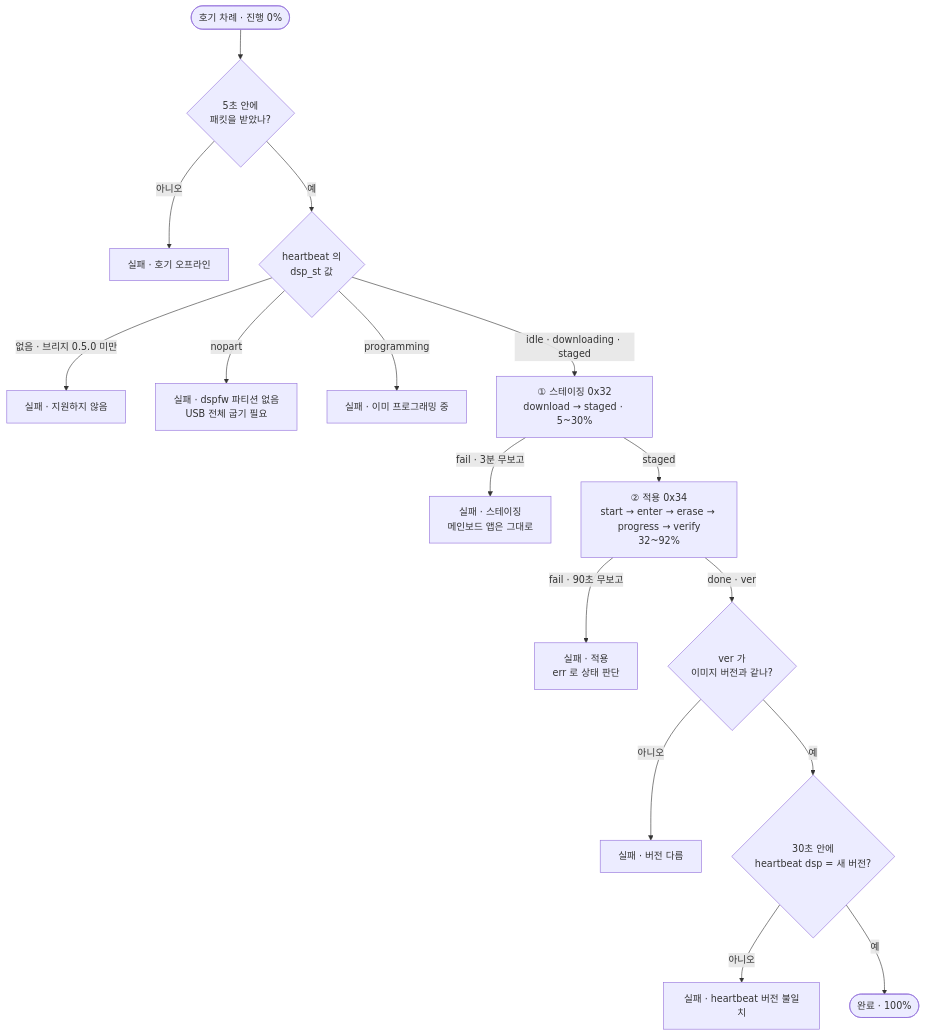
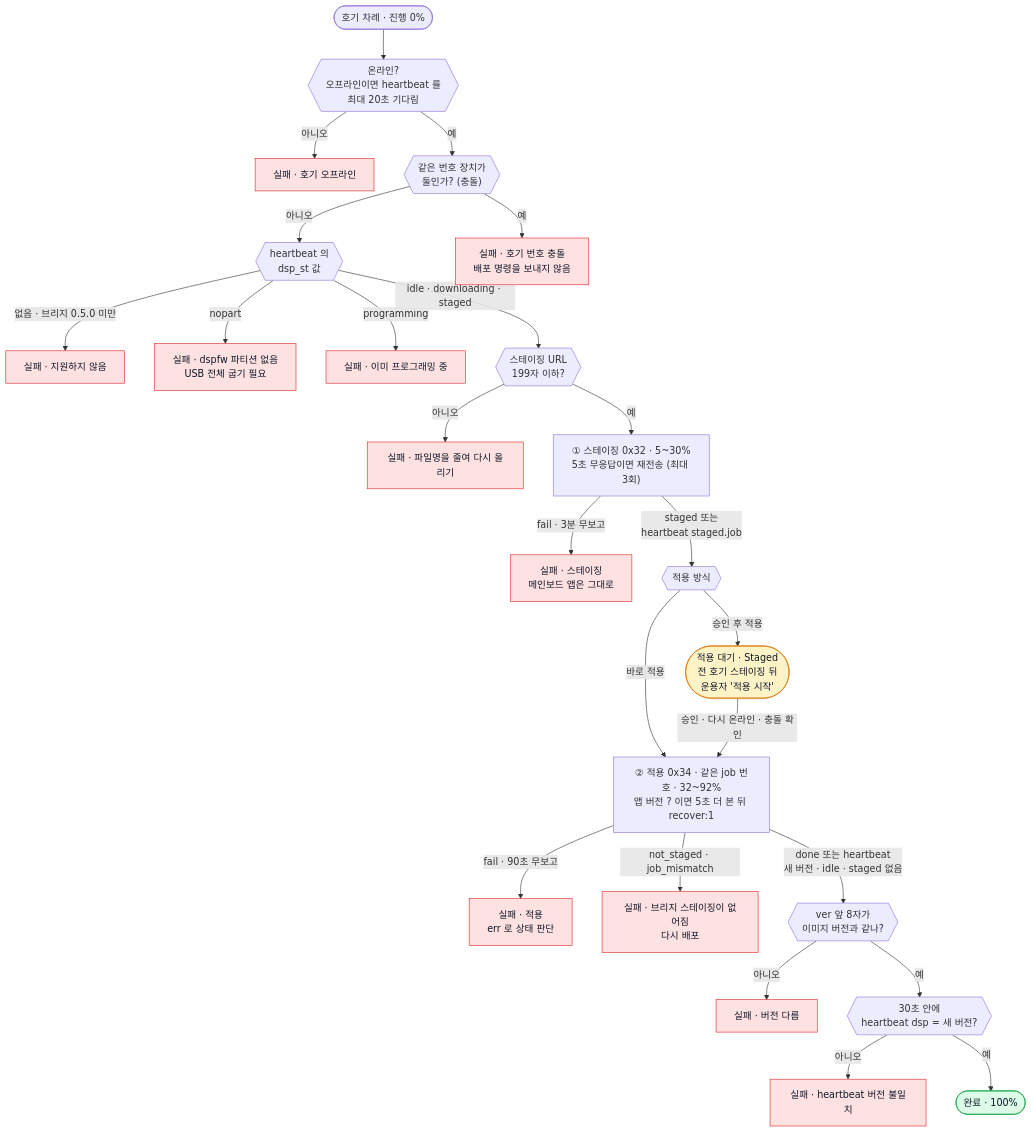
The diagram in docs/diagrams/dsp-job-steps.mmd (Leepy0/AGV_FOTA_GATEWAY), drawn with Mermaid before and after one commit. The commit also changed 34 other files, not shown here.

```diff
--- a/docs/diagrams/dsp-job-steps.mmd
+++ b/docs/diagrams/dsp-job-steps.mmd
@@ -1,16 +1,31 @@
 flowchart TD
-  S(["호기 차례 · 진행 0%"]) --> C1{"5초 안에<br/>패킷을 받았나?"}
+  S(["호기 차례 · 진행 0%"]) --> C1{{"온라인?<br/>오프라인이면 heartbeat 를<br/>최대 20초 기다림"}}
   C1 -- 아니오 --> F1["실패 · 호기 오프라인"]
-  C1 -- 예 --> C2{"heartbeat 의<br/>dsp_st 값"}
+  C1 -- 예 --> C0{{"같은 번호 장치가<br/>둘인가? (충돌)"}}
+  C0 -- 아니오 --> C2{{"heartbeat 의<br/>dsp_st 값"}}
+  C0 -- 예 --> F0["실패 · 호기 번호 충돌<br/>배포 명령을 보내지 않음"]
   C2 -- "없음 · 브리지 0.5.0 미만" --> F2["실패 · 지원하지 않음"]
   C2 -- nopart --> F3["실패 · dspfw 파티션 없음<br/>USB 전체 굽기 필요"]
   C2 -- programming --> F4["실패 · 이미 프로그래밍 중"]
-  C2 -- "idle · downloading · staged" --> ST["① 스테이징 0x32<br/>download → staged · 5~30%"]
+  C2 -- "idle · downloading · staged" --> U{{"스테이징 URL<br/>199자 이하?"}}
+  U -- 아니오 --> F9["실패 · 파일명을 줄여 다시 올리기"]
+  U -- 예 --> ST["① 스테이징 0x32 · 5~30%<br/>5초 무응답이면 재전송 (최대 3회)"]
   ST -- "fail · 3분 무보고" --> F5["실패 · 스테이징<br/>메인보드 앱은 그대로"]
-  ST -- staged --> AP["② 적용 0x34<br/>start → enter → erase → progress → verify<br/>32~92%"]
+  ST -- "staged 또는<br/>heartbeat staged.job" --> M{{"적용 방식"}}
+  M -- 바로 적용 --> AP
+  M -- "승인 후 적용" --> W(["적용 대기 · Staged<br/>전 호기 스테이징 뒤<br/>운용자 '적용 시작'"])
+  W -- "승인 · 다시 온라인 · 충돌 확인" --> AP
+  AP["② 적용 0x34 · 같은 job 번호 · 32~92%<br/>앱 버전 ? 이면 5초 더 본 뒤 recover:1"]
   AP -- "fail · 90초 무보고" --> F6["실패 · 적용<br/>err 로 상태 판단"]
-  AP -- "done · ver" --> V{"ver 가<br/>이미지 버전과 같나?"}
+  AP -- "not_staged · job_mismatch" --> F10["실패 · 브리지 스테이징이 없어짐<br/>다시 배포"]
+  AP -- "done 또는 heartbeat<br/>새 버전 · idle · staged 없음" --> V{{"ver 앞 8자가<br/>이미지 버전과 같나?"}}
   V -- 아니오 --> F7["실패 · 버전 다름"]
-  V -- 예 --> HB{"30초 안에<br/>heartbeat dsp = 새 버전?"}
+  V -- 예 --> HB{{"30초 안에<br/>heartbeat dsp = 새 버전?"}}
   HB -- 아니오 --> F8["실패 · heartbeat 버전 불일치"]
   HB -- 예 --> OK(["완료 · 100%"])
+  classDef bad fill:#fee2e2,stroke:#dc2626,color:#0f172a
+  classDef ok fill:#dcfce7,stroke:#16a34a,color:#0f172a
+  classDef wait fill:#fef3c7,stroke:#d97706,color:#0f172a
+  class F0,F1,F2,F3,F4,F5,F6,F7,F8,F9,F10 bad
+  class OK ok
+  class W wait
```
